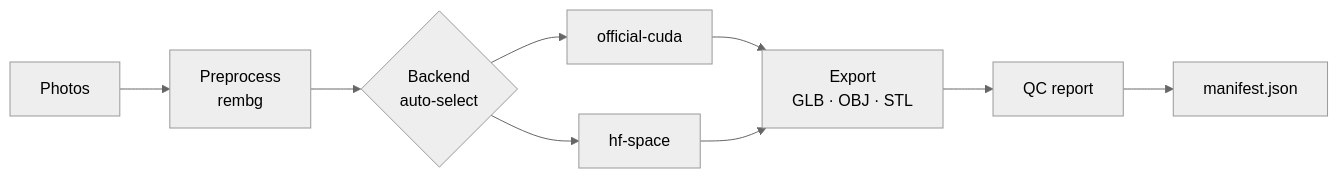
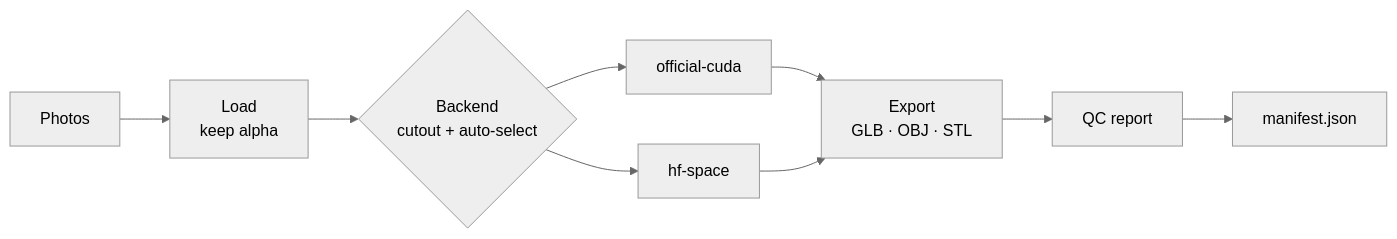
Before and after one commit to rahu619/trellis-forge: the first of 2 diagrams in README.md, drawn with Mermaid (neutral theme). The commit also changed other lines of this file and 17 other files, not shown here.

````diff
--- a/README.md
+++ b/README.md
@@ -56,10 +60,10 @@
 ```mermaid
 flowchart LR
-    P["Photos"] --> Pre["Preprocess<br/>rembg"]
-    Pre --> B{"Backend<br/>auto-select"}
+    P["Photos"] --> Pre["Load<br/>keep alpha"]
+    Pre --> B{"Backend<br/>cutout + auto-select"}
     B --> C["official-cuda"]
     B --> H["hf-space"]
     C & H --> E["Export<br/>GLB · OBJ · STL"]
     E --> Q["QC report"]
     Q --> Man["manifest.json"]
 ```
````
